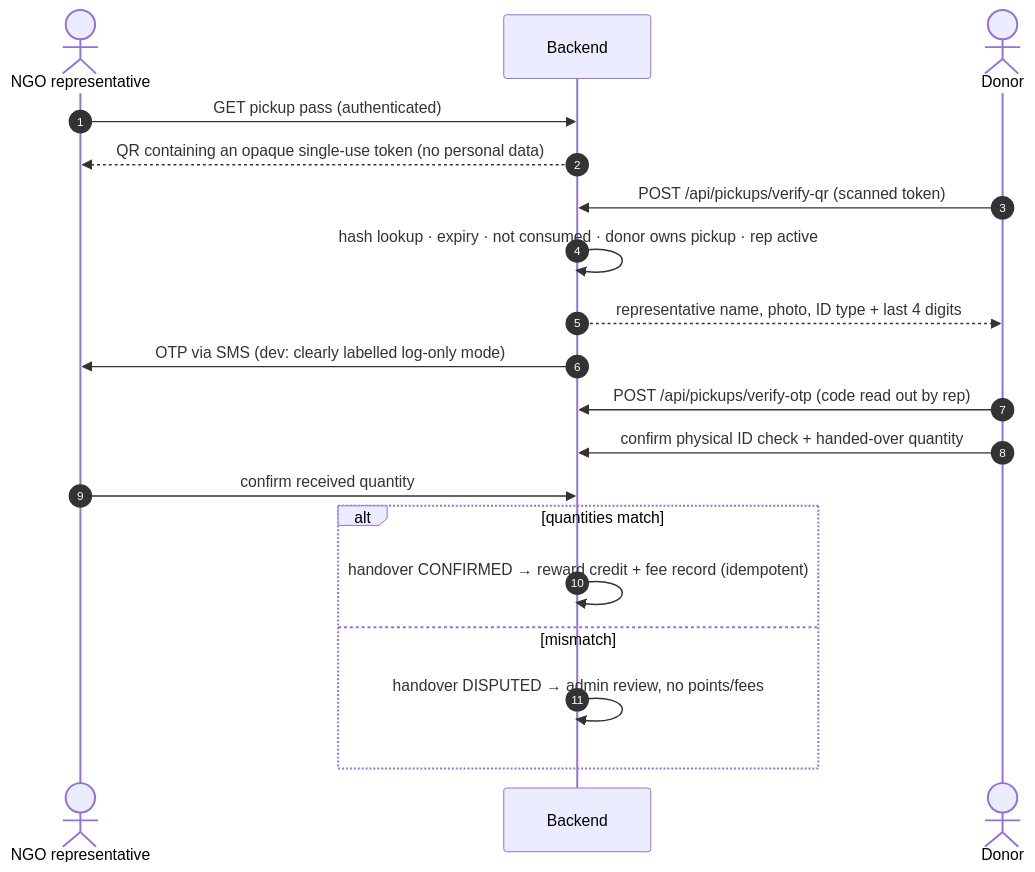
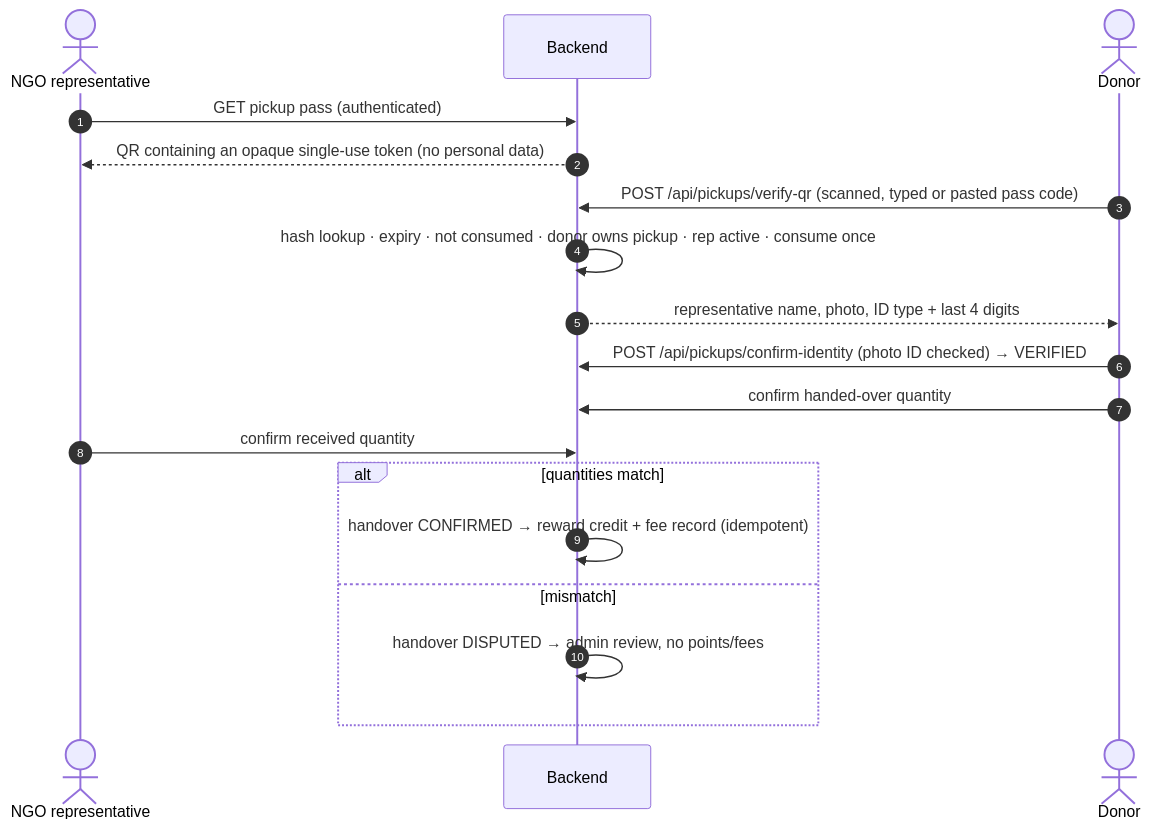
One commit to sejal0324/Foodbridge changed the fourth of 5 diagrams in docs/SYSTEM_ARCHITECTURE.md. Above: the diagram before and after it, drawn with Mermaid. The commit also changed other lines of this file and 673 other files, not shown here.

````diff
--- a/docs/SYSTEM_ARCHITECTURE.md
+++ b/docs/SYSTEM_ARCHITECTURE.md
@@ -187,21 +186,20 @@
 ```mermaid
 sequenceDiagram
   autonumber
   actor Rep as NGO representative
   participant API as Backend
   actor Donor
   Rep->>API: GET pickup pass (authenticated)
   API-->>Rep: QR containing an opaque single-use token (no personal data)
-  Donor->>API: POST /api/pickups/verify-qr (scanned token)
-  API->>API: hash lookup · expiry · not consumed · donor owns pickup · rep active
+  Donor->>API: POST /api/pickups/verify-qr (scanned, typed or pasted pass code)
+  API->>API: hash lookup · expiry · not consumed · donor owns pickup · rep active · consume once
   API-->>Donor: representative name, photo, ID type + last 4 digits
-  API->>Rep: OTP via SMS (dev: clearly labelled log-only mode)
-  Donor->>API: POST /api/pickups/verify-otp (code read out by rep)
-  Donor->>API: confirm physical ID check + handed-over quantity
+  Donor->>API: POST /api/pickups/confirm-identity (photo ID checked) → VERIFIED
+  Donor->>API: confirm handed-over quantity
   Rep->>API: confirm received quantity
   alt quantities match
     API->>API: handover CONFIRMED → reward credit + fee record (idempotent)
   else mismatch
     API->>API: handover DISPUTED → admin review, no points/fees
   end
 ```
````
